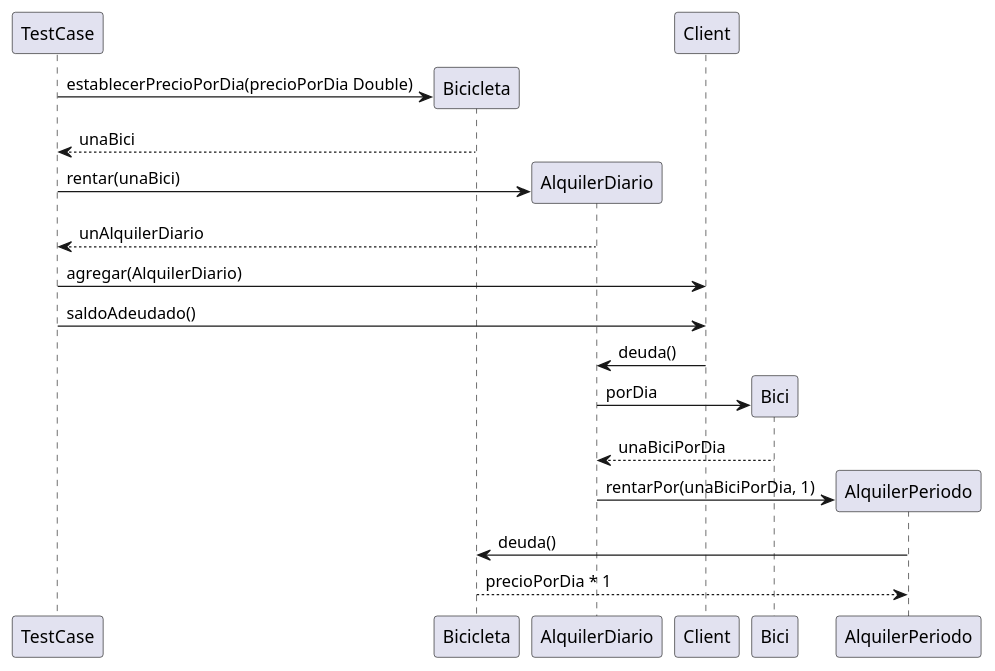
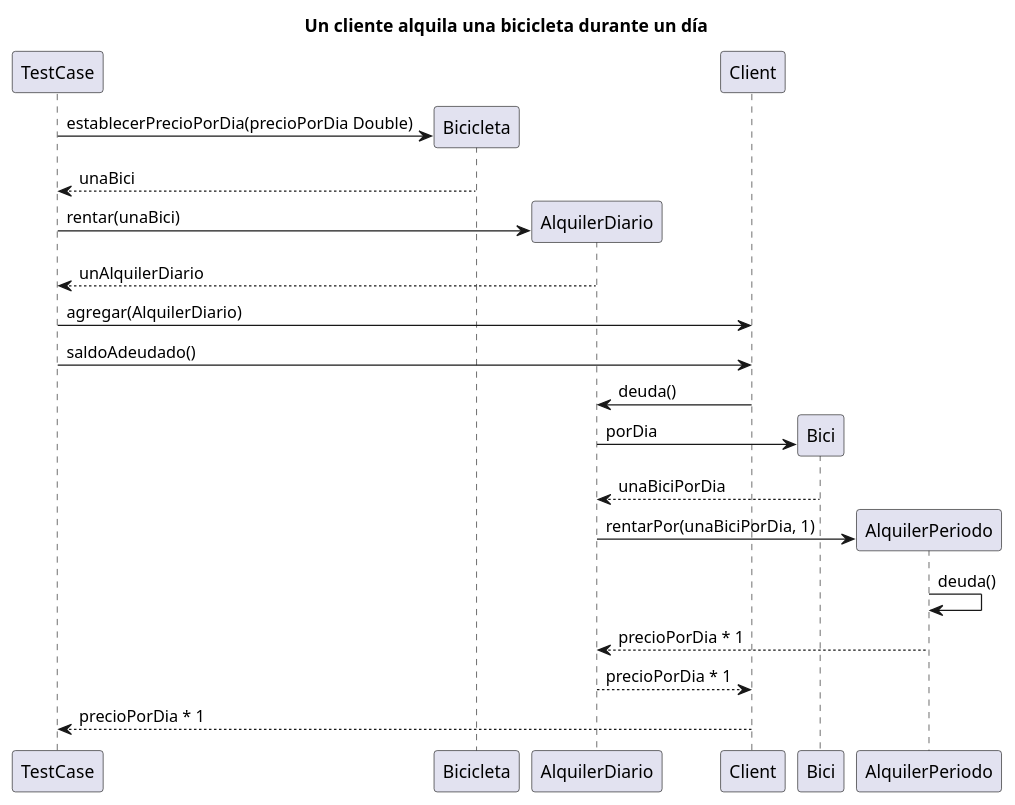
The diagram in media/diagrams/ds_alquiler_diario.plantuml (fiuba/algo3_simulacro_tn_alquiler_bici), drawn with PlantUML before and after one commit. The commit also changed 1 other file, not shown here.

Commit message:
Diagramas actualizados

```diff
--- a/media/diagrams/ds_alquiler_diario.plantuml
+++ b/media/diagrams/ds_alquiler_diario.plantuml
@@ -1,20 +1,24 @@
 @startuml
+
+title: Un cliente alquila una bicicleta durante un día
 
 TestCase -> Bicicleta ** : establecerPrecioPorDia(precioPorDia Double)
 return unaBici
 TestCase -> AlquilerDiario ** : rentar(unaBici)
 return unAlquilerDiario
 TestCase -> Client: agregar(AlquilerDiario)
 
 TestCase -> Client: saldoAdeudado()
 Client -> AlquilerDiario: deuda()
 
 AlquilerDiario -> Bici ** : porDia
 return unaBiciPorDia
 
 AlquilerDiario -> AlquilerPeriodo ** : rentarPor(unaBiciPorDia, 1)
 
-AlquilerPeriodo -> Bicicleta: deuda()
-return precioPorDia * 1
+AlquilerPeriodo -> AlquilerPeriodo: deuda()
+AlquilerPeriodo --> AlquilerDiario: precioPorDia * 1
+AlquilerDiario --> Client: precioPorDia * 1
+Client --> TestCase: precioPorDia * 1
 
 @enduml 
```
